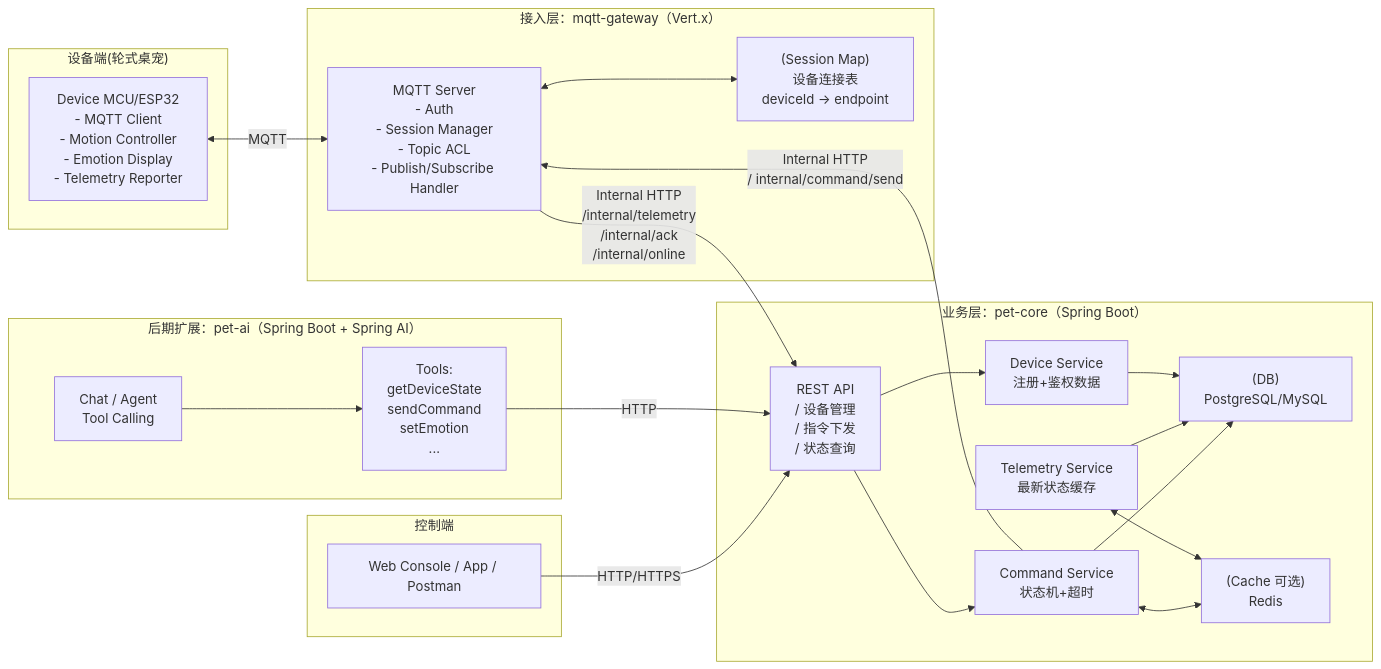
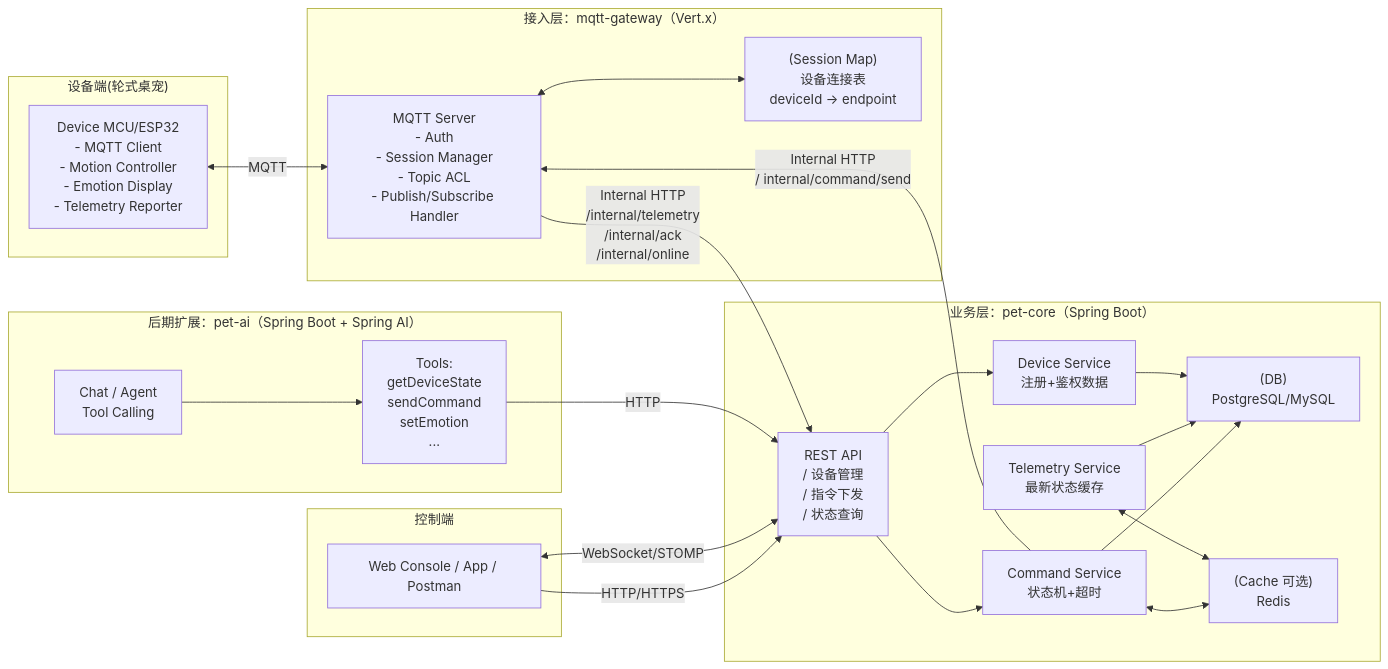
One commit to licn9901-arch/AiBot changed the first of 7 diagrams in doc/架构图.md. Above: the diagram before and after it, drawn with Mermaid. The commit also changed other lines of this file and 42 other files, not shown here.

First line of the commit message:
feat(core): V0.5 TimescaleDB 时序库集成 + WebSocket 实时推送

````diff
--- a/doc/架构图.md
+++ b/doc/架构图.md
@@ -7,51 +7,52 @@
 ```mermaid
 flowchart LR
 %% ====== Nodes ======
     subgraph DeviceSide["设备端(轮式桌宠)"]
         D1["Device MCU/ESP32\n- MQTT Client\n- Motion Controller\n- Emotion Display\n- Telemetry Reporter"]
     end
 
     subgraph Gateway["接入层：mqtt-gateway（Vert.x）"]
         G1["MQTT Server\n- Auth\n- Session Manager\n- Topic ACL\n- Publish/Subscribe Handler"]
         G2["(Session Map)\n设备连接表\ndeviceId -> endpoint"]
     end
 
     subgraph Core["业务层：pet-core（Spring Boot）"]
         C1["REST API\n/ 设备管理\n/ 指令下发\n/ 状态查询"]
         C2["Command Service\n状态机+超时"]
         C3["Telemetry Service\n最新状态缓存"]
         C4["Device Service\n注册+鉴权数据"]
         C5["(DB)\nPostgreSQL/MySQL"]
         C6["(Cache 可选)\nRedis"]
     end
 
     subgraph Console["控制端"]
         U1["Web Console / App / Postman"]
     end
 
     subgraph AI["后期扩展：pet-ai（Spring Boot + Spring AI）"]
         A1["Chat / Agent\nTool Calling"]
         A2["Tools:\ngetDeviceState\nsendCommand\nsetEmotion\n..."]
     end
 
 %% ====== Flows ======
     U1 -->|HTTP/HTTPS| C1
+    U1 <-->|WebSocket/STOMP| C1
     C1 --> C2
     C1 --> C4
     C2 --> C5
     C3 --> C5
     C4 --> C5
     C2 <--> C6
     C3 <--> C6
 
     D1 <-->|MQTT| G1
     G1 <--> G2
 
 %% Internal integration
     G1 -->|Internal HTTP<br/>/internal/telemetry<br/>/internal/ack<br/>/internal/online| C1
     C2 -->|Internal HTTP<br/>/ internal/command/send| G1
 
 %% AI integration (later)
     A1 --> A2
     A2 -->|HTTP| C1
 ```
````
